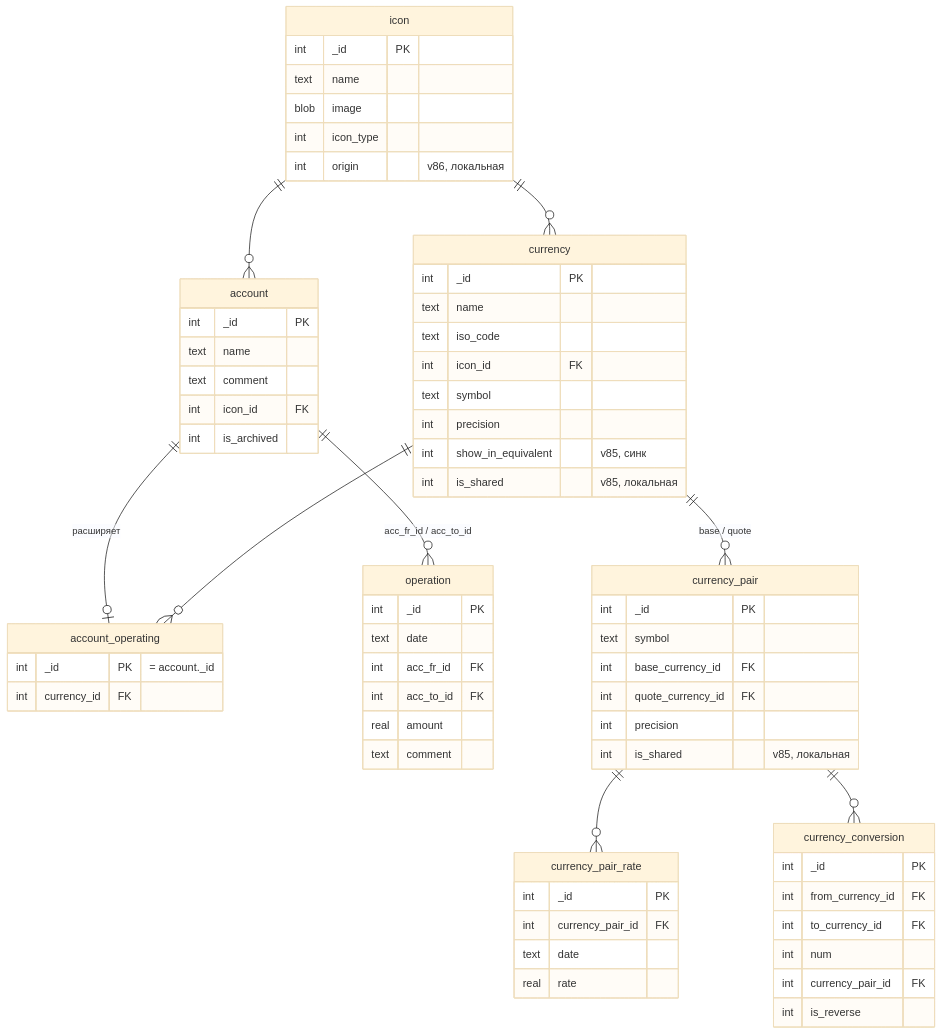
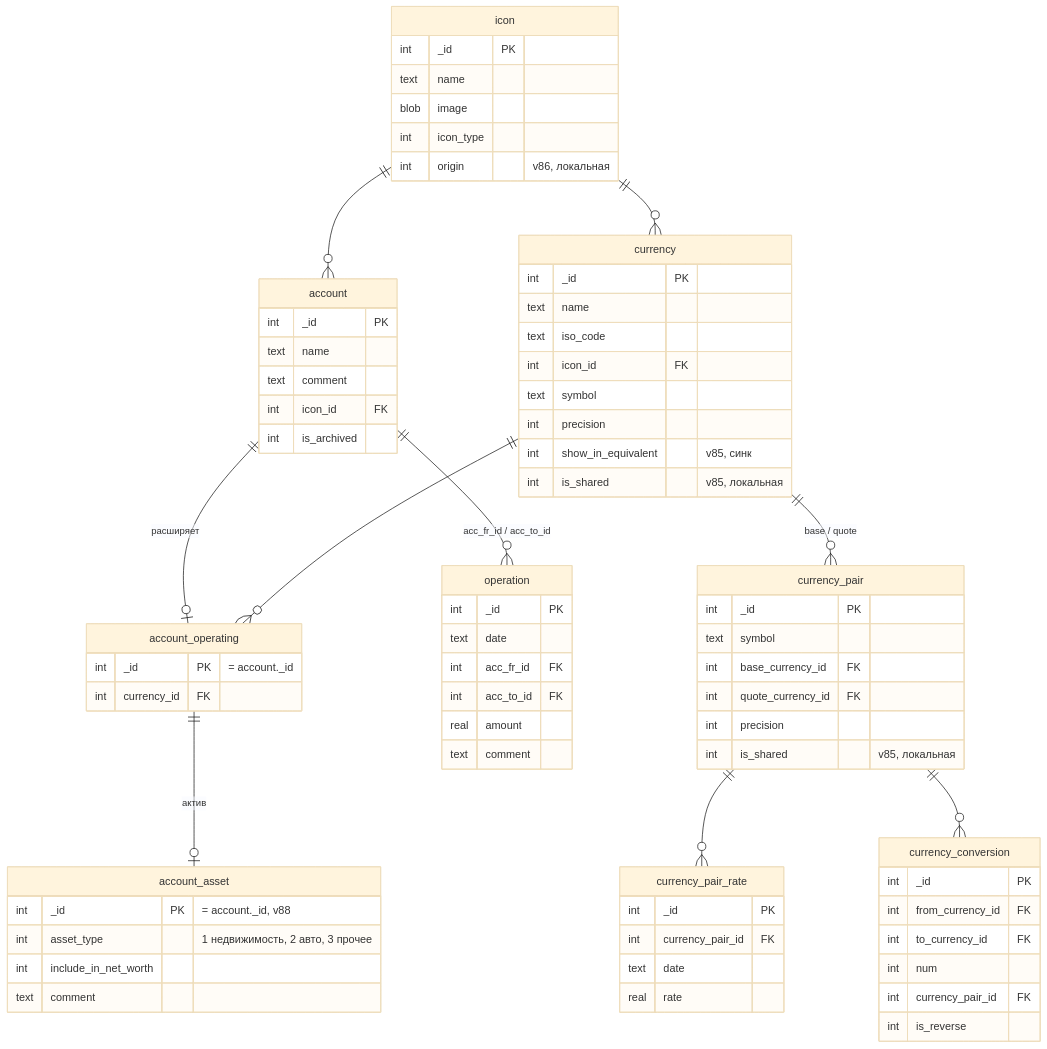
The second of 4 diagrams in docs/ARCHITECTURE.md (WalletTransactions/android-wallet), drawn with Mermaid (base theme) before and after one commit. The commit also changed other lines of this file and 31 other files, not shown here.

First line of the commit message:
Капитальные активы на телефоне: account_asset, «Переоценка», капитал в итогах (capital-assets)

````diff
--- a/docs/ARCHITECTURE.md
+++ b/docs/ARCHITECTURE.md
@@ -117,70 +117,77 @@
 ```mermaid
 erDiagram
     icon {
         int _id PK
         text name
         blob image
         int icon_type
         int origin "v86, локальная"
     }
     currency {
         int _id PK
         text name
         text iso_code
         int icon_id FK
         text symbol
         int precision
         int show_in_equivalent "v85, синк"
         int is_shared "v85, локальная"
     }
     account {
         int _id PK
         text name
         text comment
         int icon_id FK
         int is_archived
     }
     account_operating {
         int _id PK "= account._id"
         int currency_id FK
+    }
+    account_asset {
+        int _id PK "= account._id, v88"
+        int asset_type "1 недвижимость, 2 авто, 3 прочее"
+        int include_in_net_worth
+        text comment
     }
     operation {
         int _id PK
         text date
         int acc_fr_id FK
         int acc_to_id FK
         real amount
         text comment
     }
     currency_pair {
         int _id PK
         text symbol
         int base_currency_id FK
         int quote_currency_id FK
         int precision
         int is_shared "v85, локальная"
     }
     currency_pair_rate {
         int _id PK
         int currency_pair_id FK
         text date
         real rate
     }
     currency_conversion {
         int _id PK
         int from_currency_id FK
         int to_currency_id FK
         int num
         int currency_pair_id FK
         int is_reverse
     }
 
     icon ||--o{ account : ""
     icon ||--o{ currency : ""
     account ||--o| account_operating : "расширяет"
+    account_operating ||--o| account_asset : "актив"
     account ||--o{ operation : "acc_fr_id / acc_to_id"
     currency ||--o{ account_operating : ""
     currency ||--o{ currency_pair : "base / quote"
     currency_pair ||--o{ currency_pair_rate : ""
     currency_pair ||--o{ currency_conversion : ""
 ```
````
